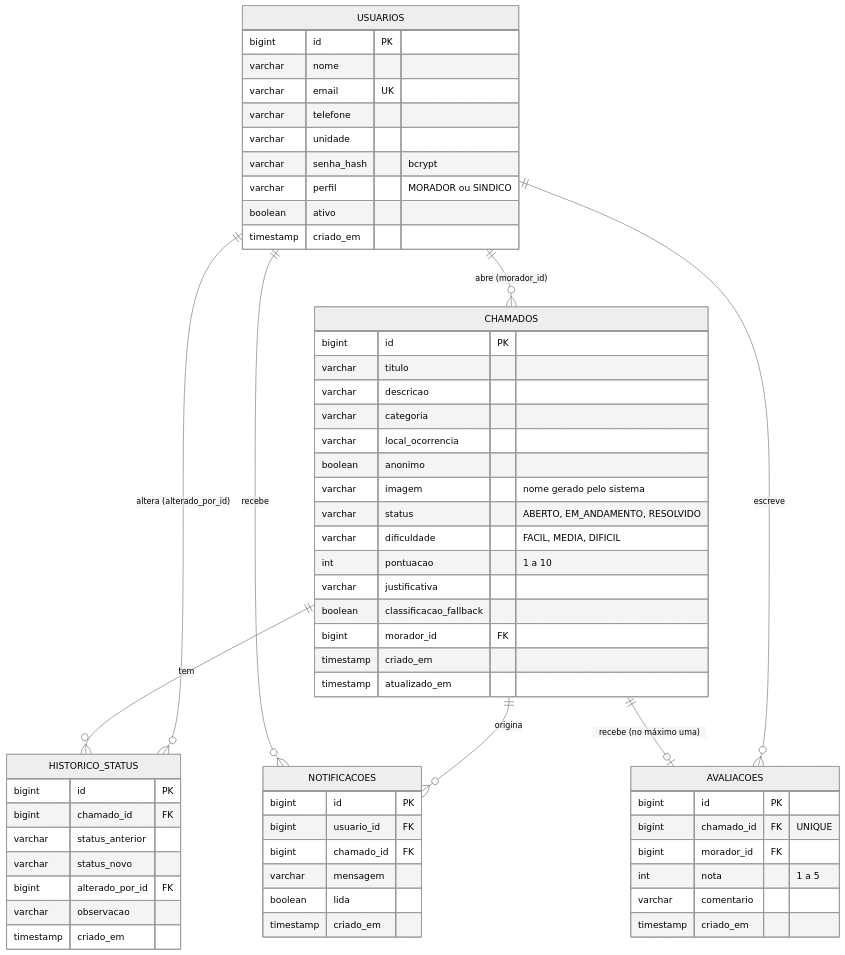
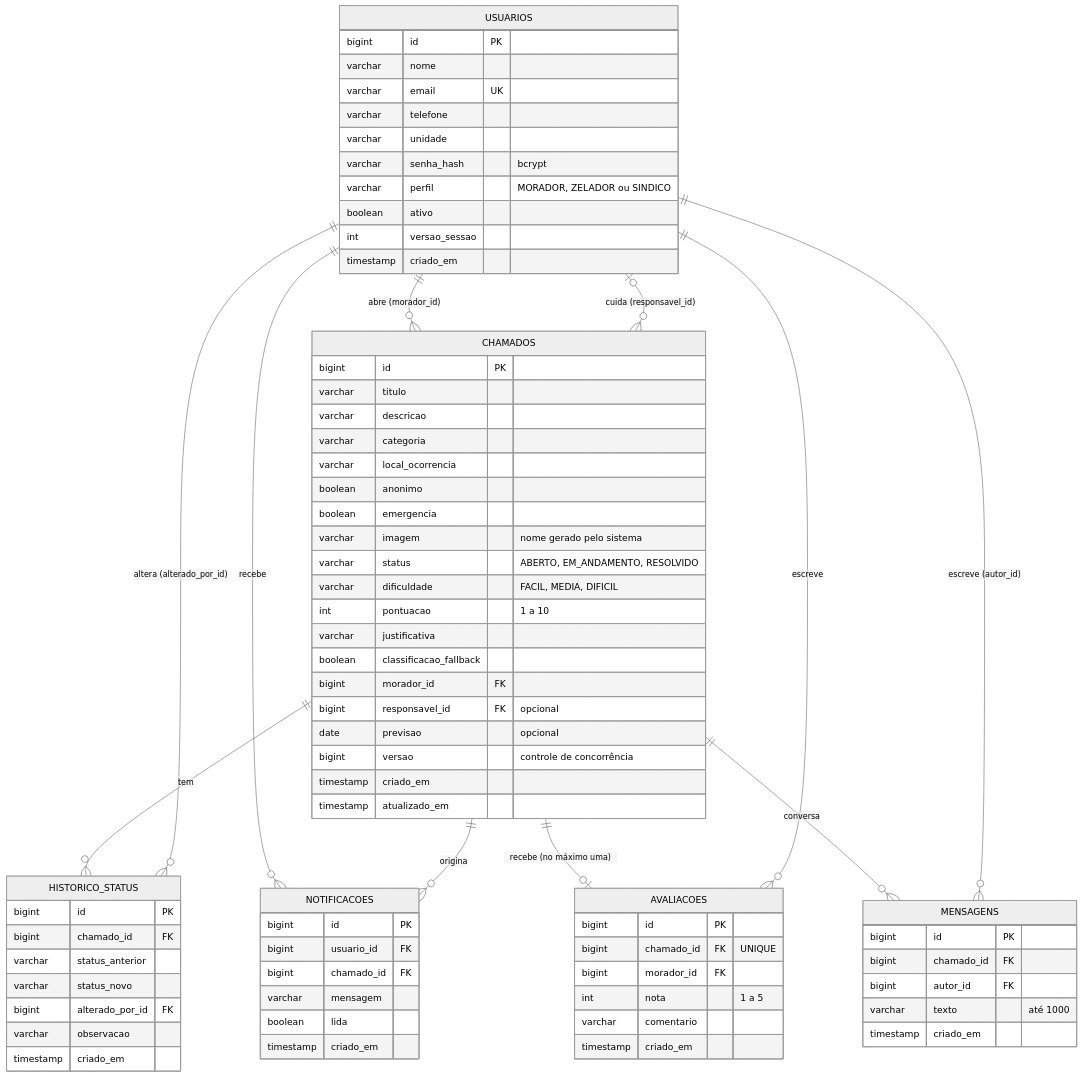
Before and after one commit to nevessdhiego-design/nexodesk: the second of 6 diagrams in docs/documentacao-tecnica.md, drawn with Mermaid (neutral theme). The commit also changed other lines of this file and 12 other files, not shown here.

````diff
--- a/docs/documentacao-tecnica.md
+++ b/docs/documentacao-tecnica.md
@@ -72,64 +103,79 @@
 ```mermaid
 erDiagram
     USUARIOS ||--o{ CHAMADOS : "abre (morador_id)"
+    USUARIOS |o--o{ CHAMADOS : "cuida (responsavel_id)"
     CHAMADOS ||--o{ HISTORICO_STATUS : "tem"
     USUARIOS ||--o{ HISTORICO_STATUS : "altera (alterado_por_id)"
     USUARIOS ||--o{ NOTIFICACOES : "recebe"
     CHAMADOS ||--o{ NOTIFICACOES : "origina"
     CHAMADOS ||--o| AVALIACOES : "recebe (no máximo uma)"
     USUARIOS ||--o{ AVALIACOES : "escreve"
+    CHAMADOS ||--o{ MENSAGENS : "conversa"
+    USUARIOS ||--o{ MENSAGENS : "escreve (autor_id)"
 
     USUARIOS {
         bigint id PK
         varchar nome
         varchar email UK
         varchar telefone
         varchar unidade
         varchar senha_hash "bcrypt"
-        varchar perfil "MORADOR ou SINDICO"
+        varchar perfil "MORADOR, ZELADOR ou SINDICO"
         boolean ativo
+        int versao_sessao
         timestamp criado_em
     }
     CHAMADOS {
         bigint id PK
         varchar titulo
         varchar descricao
         varchar categoria
         varchar local_ocorrencia
         boolean anonimo
+        boolean emergencia
         varchar imagem "nome gerado pelo sistema"
         varchar status "ABERTO, EM_ANDAMENTO, RESOLVIDO"
         varchar dificuldade "FACIL, MEDIA, DIFICIL"
         int pontuacao "1 a 10"
         varchar justificativa
         boolean classificacao_fallback
         bigint morador_id FK
+        bigint responsavel_id FK "opcional"
+        date previsao "opcional"
+        bigint versao "controle de concorrência"
         timestamp criado_em
         timestamp atualizado_em
+    }
+    MENSAGENS {
+        bigint id PK
+        bigint chamado_id FK
+        bigint autor_id FK
+        varchar texto "até 1000"
+        timestamp criado_em
     }
     HISTORICO_STATUS {
         bigint id PK
         bigint chamado_id FK
         varchar status_anterior
         varchar status_novo
         bigint alterado_por_id FK
         varchar observacao
         timestamp criado_em
     }
     NOTIFICACOES {
         bigint id PK
         bigint usuario_id FK
         bigint chamado_id FK
         varchar mensagem
         boolean lida
         timestamp criado_em
     }
     AVALIACOES {
         bigint id PK
         bigint chamado_id FK "UNIQUE"
         bigint morador_id FK
         int nota "1 a 5"
         varchar comentario
         timestamp criado_em
     }
 ```
````
